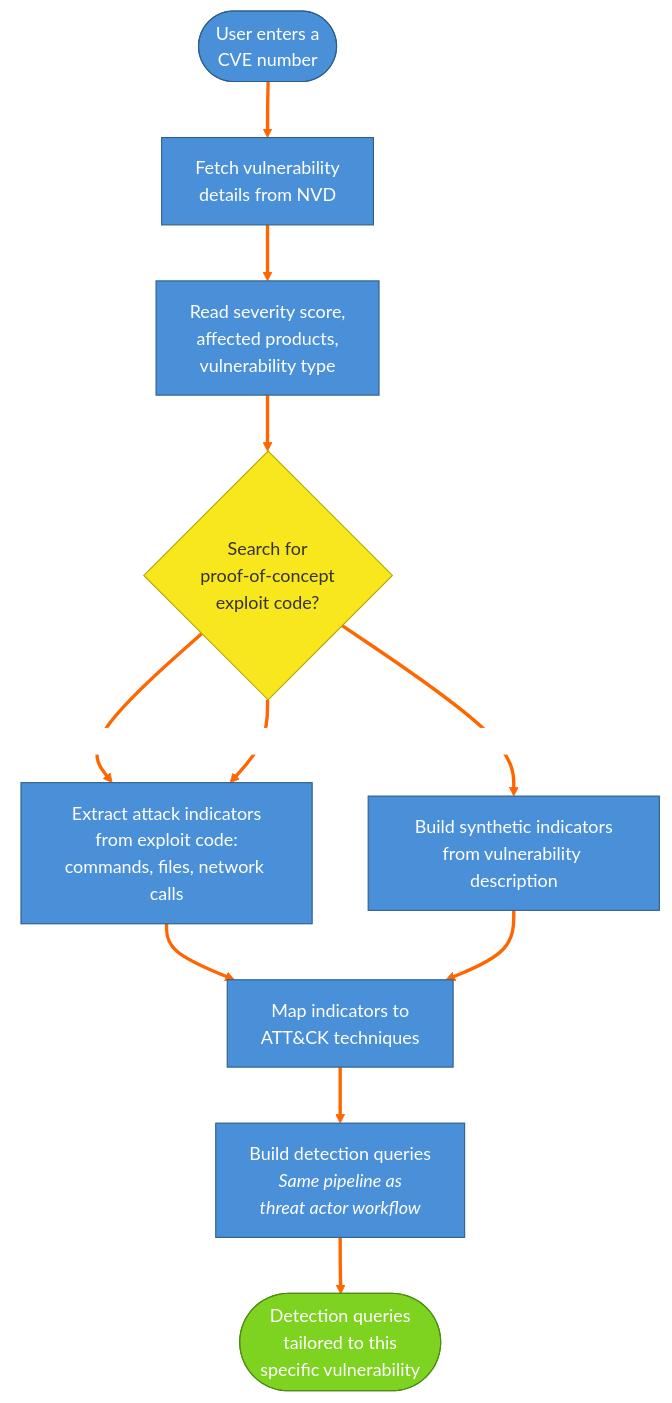
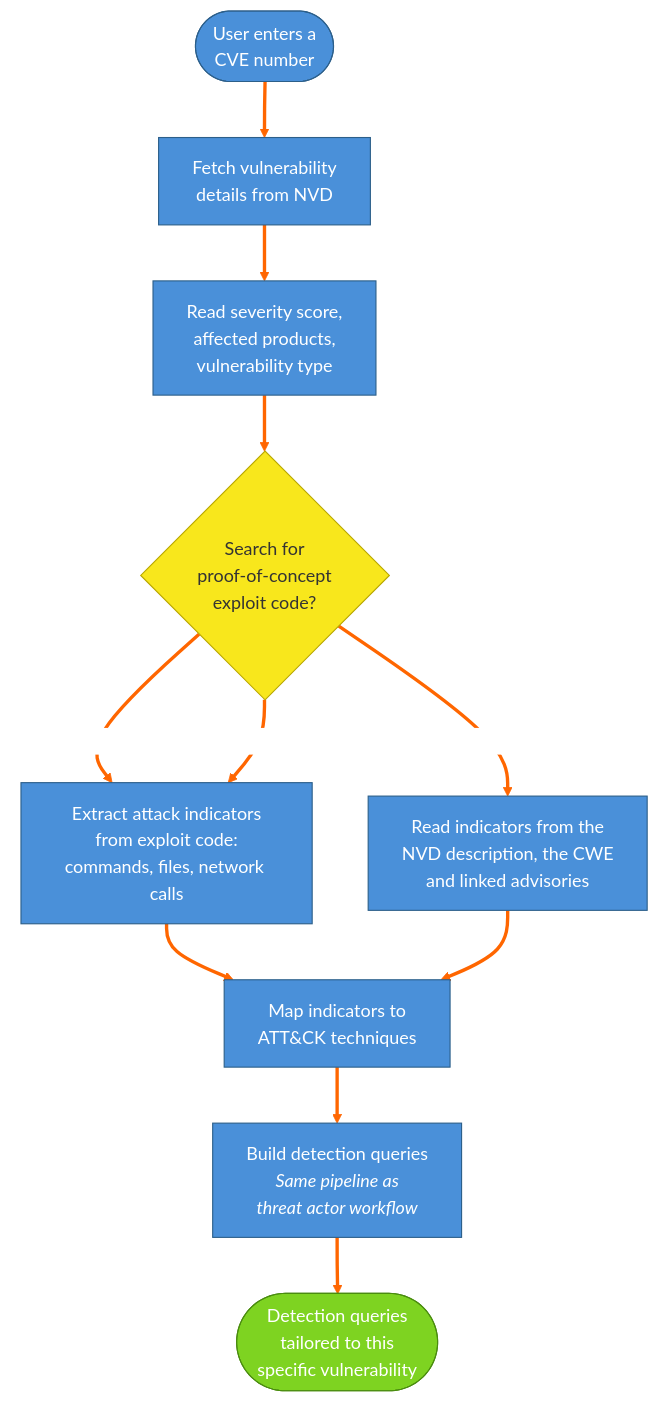
Before and after one commit to cmdaltr/shikari: the diagram in docs/architecture/mermaid/12_9_cve_workflow_vulnerabilitybased_detection.md, drawn with Mermaid. The commit also changed other lines of this file and 6 other files, not shown here.

First line of the commit message:
docs: sync diagrams, README and a test with this release's features

````diff
--- a/docs/architecture/mermaid/12_9_cve_workflow_vulnerabilitybased_detection.md
+++ b/docs/architecture/mermaid/12_9_cve_workflow_vulnerabilitybased_detection.md
@@ -5,25 +5,25 @@
 ```mermaid
 %%{init: {'theme': 'base', 'themeVariables': {'lineColor': '#ff6600', 'edgeLabelBackground': '#ffffff', 'primaryColor': '#4a90d9', 'primaryTextColor': '#ffffff', 'primaryBorderColor': '#2c5f8a', 'secondaryColor': '#e8e8e8', 'tertiaryColor': '#f5f5f5', 'clusterBkg': '#f0f0f0', 'clusterBorder': '#999999', 'titleColor': '#000000', 'nodeTextColor': '#000000', 'background': '#ffffff'}}}%%
 flowchart TD
     CVE_IN(["User enters a<br/>CVE number"]) --> FETCH["Fetch vulnerability<br/>details from NVD"]
 
     FETCH --> SEVERITY["Read severity score,<br/>affected products,<br/>vulnerability type"]
 
     SEVERITY --> POC{"Search for<br/>proof-of-concept<br/>exploit code?"}
 
     POC -- "Found on GitHub" --> EXTRACT_POC["Extract attack indicators<br/>from exploit code:<br/>commands, files, network calls"]
     POC -- "Found on Exploit-DB" --> EXTRACT_POC
-    POC -- "Not found" --> SYNTH["Build synthetic indicators<br/>from vulnerability description"]
+    POC -- "Not found" --> NOPOC["Read indicators from the<br/>NVD description, the CWE<br/>and linked advisories"]
 
     EXTRACT_POC --> MAP["Map indicators to<br/>ATT&CK techniques"]
-    SYNTH --> MAP
+    NOPOC --> MAP
 
     MAP --> BUILD_Q["Build detection queries<br/><i>Same pipeline as<br/>threat actor workflow</i>"]
 
     BUILD_Q --> RESULTS_CVE(["Detection queries<br/>tailored to this<br/>specific vulnerability"])
 
     style CVE_IN fill:#4a90d9,stroke:#2c5f8a,color:#fff
     style RESULTS_CVE fill:#7ed321,stroke:#4a8c0f,color:#fff
     style POC fill:#f8e71c,stroke:#b8a700,color:#333
     linkStyle default stroke:#ff6600,stroke-width:3px
 ```
````
